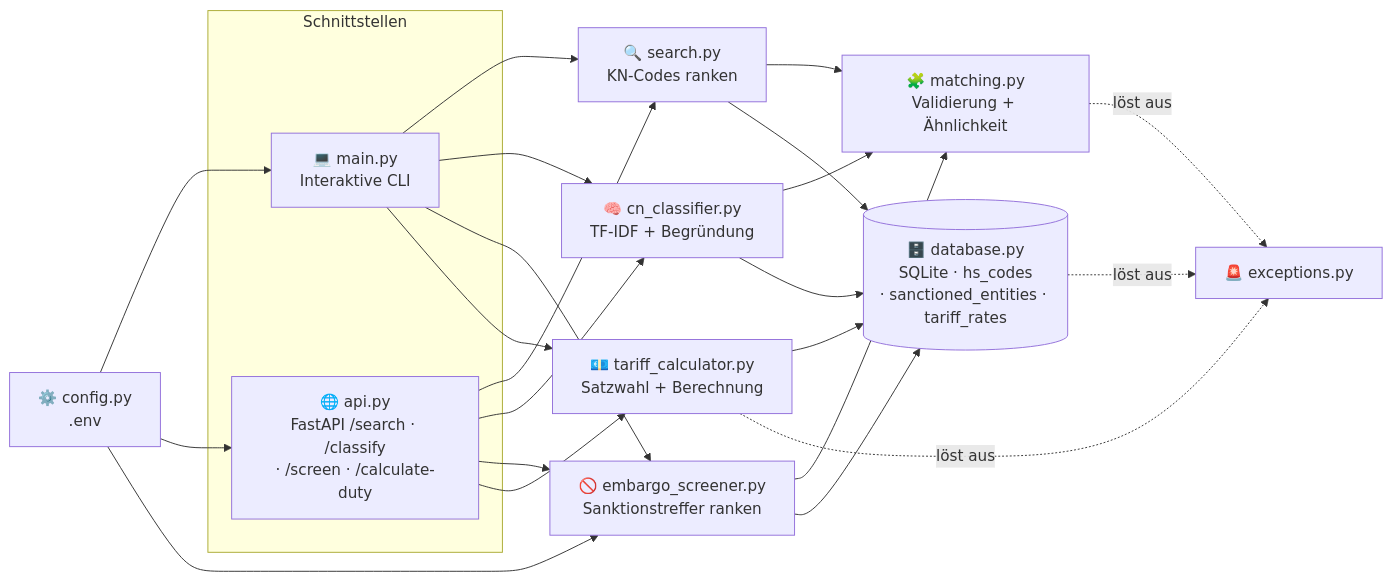
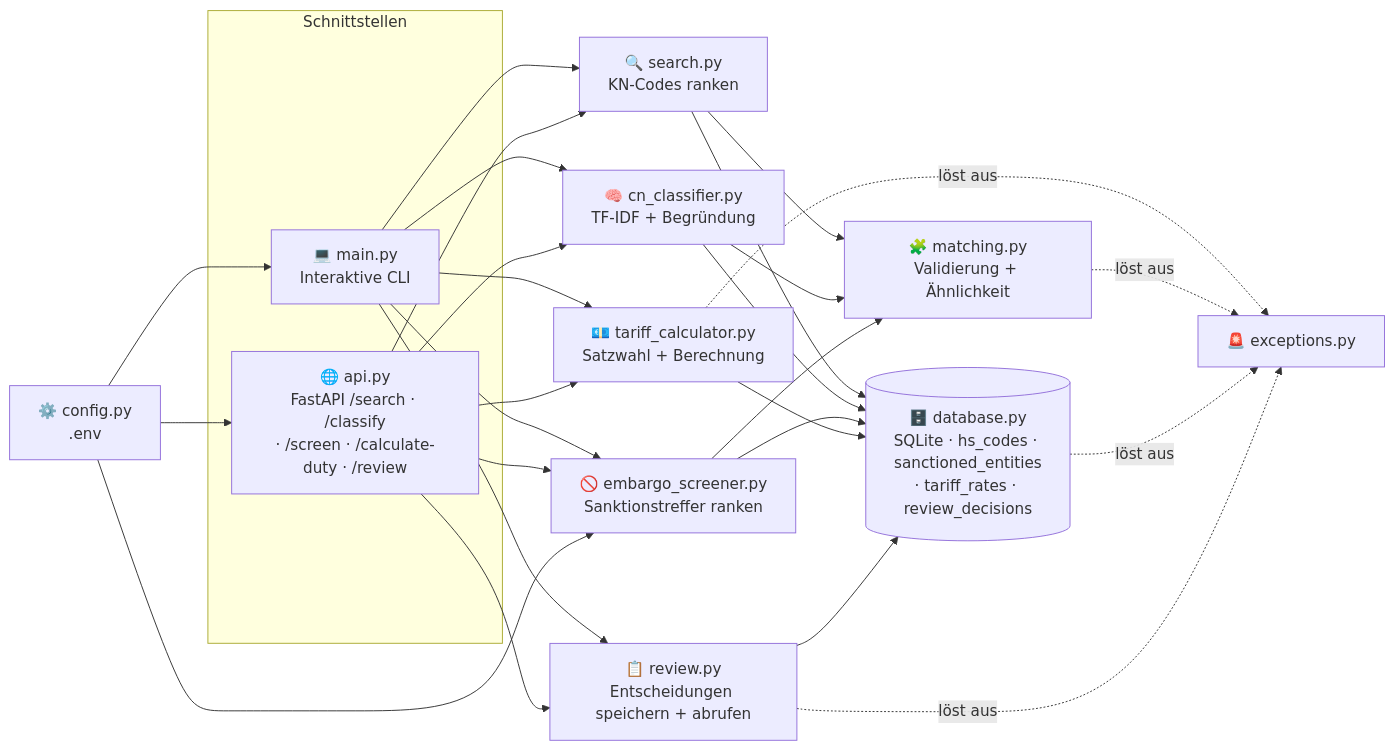
The first of 2 diagrams in README.de.md (Mutersec/CustomsIQ), drawn with Mermaid before and after one commit. The commit also changed other lines of this file and 11 other files, not shown here.

````diff
--- a/README.de.md
+++ b/README.de.md
@@ -95,38 +96,43 @@
 ```mermaid
 flowchart LR
     subgraph Schnittstellen
         CLI["💻 main.py<br/>Interaktive CLI"]
-        API["🌐 api.py<br/>FastAPI /search · /classify<br/>· /screen · /calculate-duty"]
+        API["🌐 api.py<br/>FastAPI /search · /classify<br/>· /screen · /calculate-duty · /review"]
     end
 
     SEARCH["🔍 search.py<br/>KN-Codes ranken"]
     CLS["🧠 cn_classifier.py<br/>TF-IDF + Begründung"]
     SCREEN["🚫 embargo_screener.py<br/>Sanktionstreffer ranken"]
     DUTY["💶 tariff_calculator.py<br/>Satzwahl + Berechnung"]
+    REVIEW["📋 review.py<br/>Entscheidungen speichern + abrufen"]
     MATCH["🧩 matching.py<br/>Validierung + Ähnlichkeit"]
-    DB[("🗄️ database.py<br/>SQLite · hs_codes<br/>· sanctioned_entities · tariff_rates")]
+    DB[("🗄️ database.py<br/>SQLite · hs_codes · sanctioned_entities<br/>· tariff_rates · review_decisions")]
     EXC["🚨 exceptions.py"]
     CFG["⚙️ config.py<br/>.env"]
 
     CLI --> SEARCH
     CLI --> CLS
     CLI --> SCREEN
     CLI --> DUTY
+    CLI --> REVIEW
     API --> SEARCH
     API --> CLS
     API --> SCREEN
     API --> DUTY
+    API --> REVIEW
     SEARCH --> MATCH
     CLS --> MATCH
     SCREEN --> MATCH
     SEARCH --> DB
     CLS --> DB
     SCREEN --> DB
     DUTY --> DB
+    REVIEW --> DB
     DUTY -. löst aus .-> EXC
     MATCH -. löst aus .-> EXC
     DB -. löst aus .-> EXC
+    REVIEW -. löst aus .-> EXC
     CFG --> CLI
     CFG --> API
     CFG --> SCREEN
 ```
````
